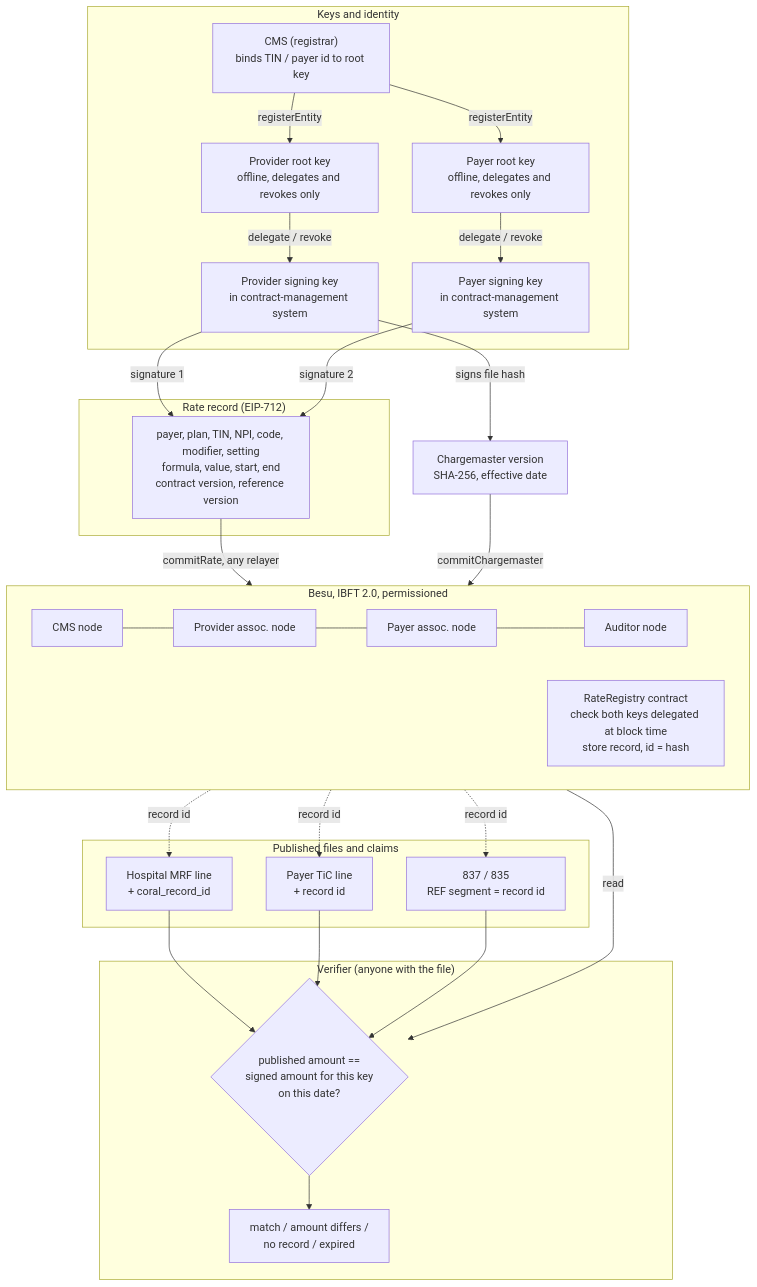
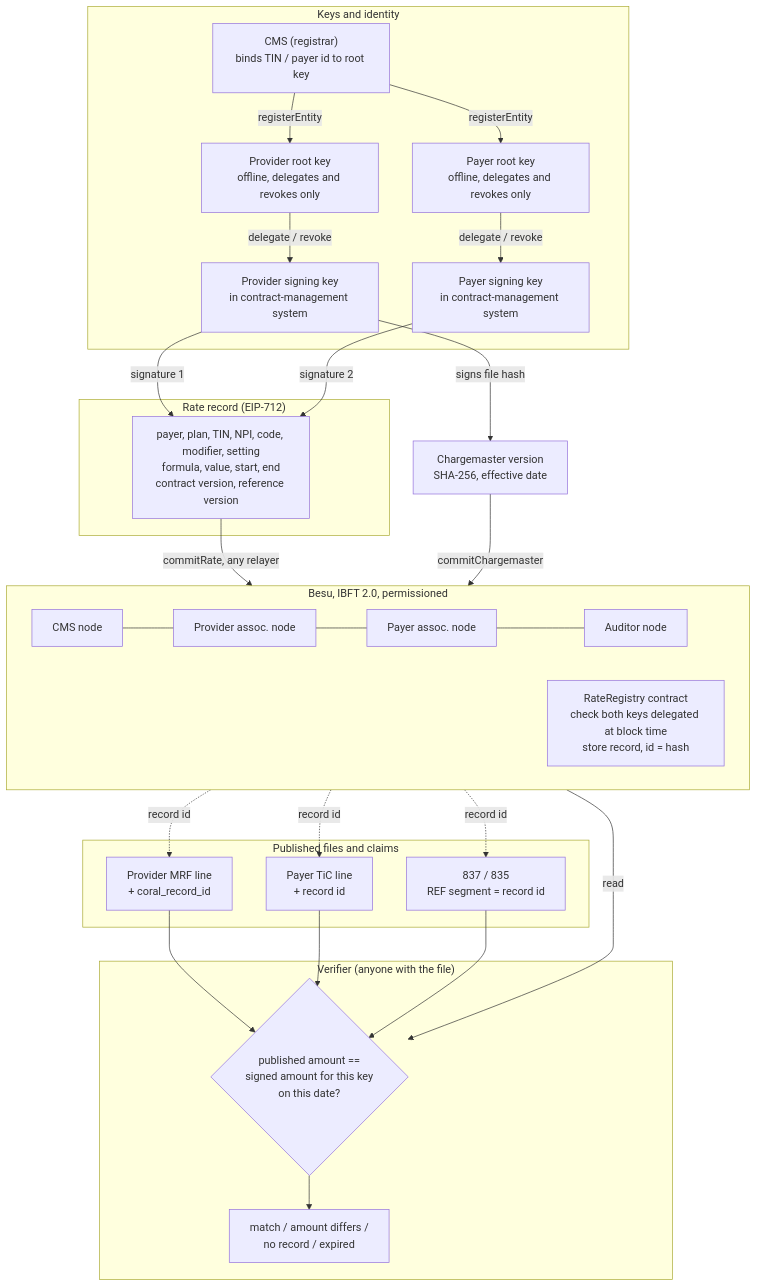
The diagram in architecture.mmd (AbhinavMir/coral), drawn with Mermaid before and after one commit. The commit also changed 15 other files, not shown here.

Commit message:
Say provider, not hospital, everywhere except regulation names and the study sample

```diff
--- a/architecture.mmd
+++ b/architecture.mmd
@@ -1,50 +1,50 @@
 flowchart TB
     subgraph Keys["Keys and identity"]
         CMS["CMS (registrar)\nbinds TIN / payer id to root key"]
         PR["Provider root key\noffline, delegates and revokes only"]
         QR["Payer root key\noffline, delegates and revokes only"]
         PS["Provider signing key\nin contract-management system"]
         QS["Payer signing key\nin contract-management system"]
         CMS -->|registerEntity| PR
         CMS -->|registerEntity| QR
         PR -->|delegate / revoke| PS
         QR -->|delegate / revoke| QS
     end
 
     subgraph Record["Rate record (EIP-712)"]
         R["payer, plan, TIN, NPI, code, modifier, setting\nformula, value, start, end\ncontract version, reference version"]
     end
 
     PS -->|signature 1| R
     QS -->|signature 2| R
     PS -->|signs file hash| CDM["Chargemaster version\nSHA-256, effective date"]
 
     subgraph Ledger["Besu, IBFT 2.0, permissioned"]
         direction LR
         V1["CMS node"] --- V2["Provider assoc. node"] --- V3["Payer assoc. node"] --- V4["Auditor node"]
         REG["RateRegistry contract\ncheck both keys delegated at block time\nstore record, id = hash"]
     end
 
     R -->|commitRate, any relayer| REG
     CDM -->|commitChargemaster| REG
 
     subgraph Files["Published files and claims"]
-        MRF["Hospital MRF line\n+ coral_record_id"]
+        MRF["Provider MRF line\n+ coral_record_id"]
         TIC["Payer TiC line\n+ record id"]
         X12["837 / 835\nREF segment = record id"]
     end
 
     REG -.->|record id| MRF
     REG -.->|record id| TIC
     REG -.->|record id| X12
 
     subgraph Verify["Verifier (anyone with the file)"]
         VQ{"published amount ==\nsigned amount for this key\non this date?"}
         OUT["match / amount differs /\nno record / expired"]
         VQ --> OUT
     end
 
     MRF --> VQ
     TIC --> VQ
     X12 --> VQ
     REG -->|read| VQ
```
